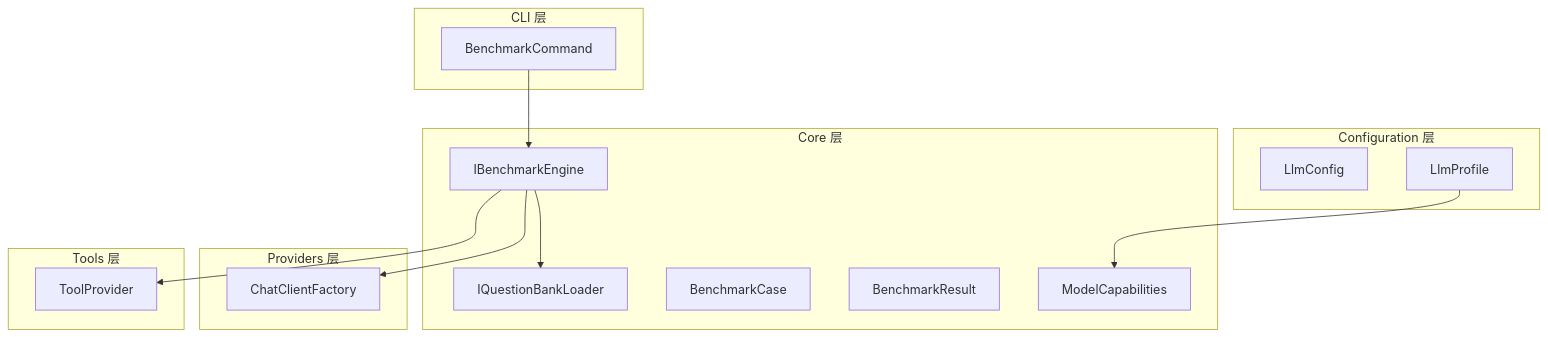
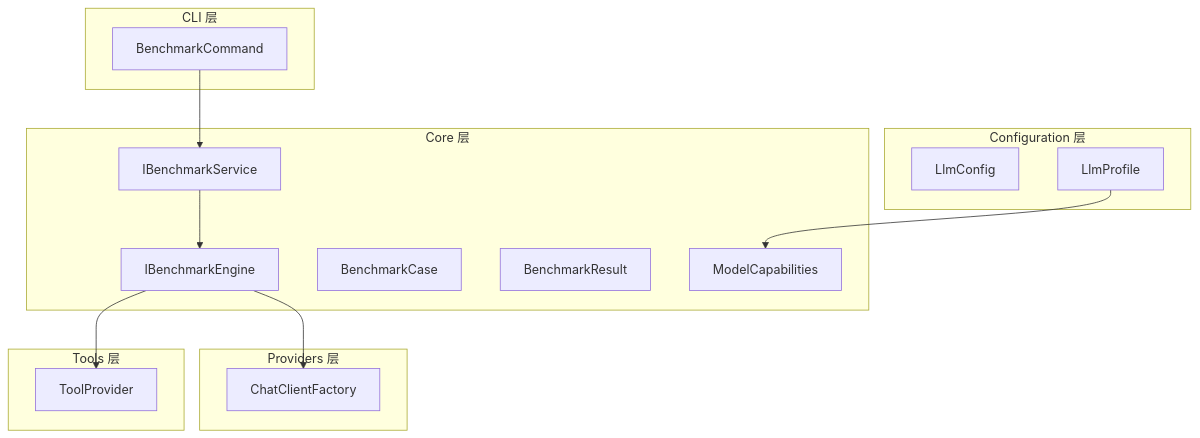
The second of 2 diagrams in doc.ai/solutions/design/Model-Benchmark.md (mbzcnet/NanoBot.Net), drawn with Mermaid before and after one commit. The commit also changed other lines of this file and 8 other files, not shown here.

````diff
--- a/doc.ai/solutions/design/Model-Benchmark.md
+++ b/doc.ai/solutions/design/Model-Benchmark.md
@@ -517,33 +400,33 @@
 ```mermaid
 graph TB
     subgraph "CLI 层"
         BenchmarkCommand
     end
 
     subgraph "Core 层"
         IBenchmarkEngine
-        IQuestionBankLoader
+        IBenchmarkService
         BenchmarkCase
         BenchmarkResult
         ModelCapabilities
     end
 
     subgraph "Providers 层"
         ChatClientFactory
     end
 
     subgraph "Tools 层"
         ToolProvider
     end
 
     subgraph "Configuration 层"
         LlmConfig
         LlmProfile
     end
 
-    BenchmarkCommand --> IBenchmarkEngine
+    BenchmarkCommand --> IBenchmarkService
+    IBenchmarkService --> IBenchmarkEngine
     IBenchmarkEngine --> ChatClientFactory
     IBenchmarkEngine --> ToolProvider
-    IBenchmarkEngine --> IQuestionBankLoader
     LlmProfile --> ModelCapabilities
 ```
````
